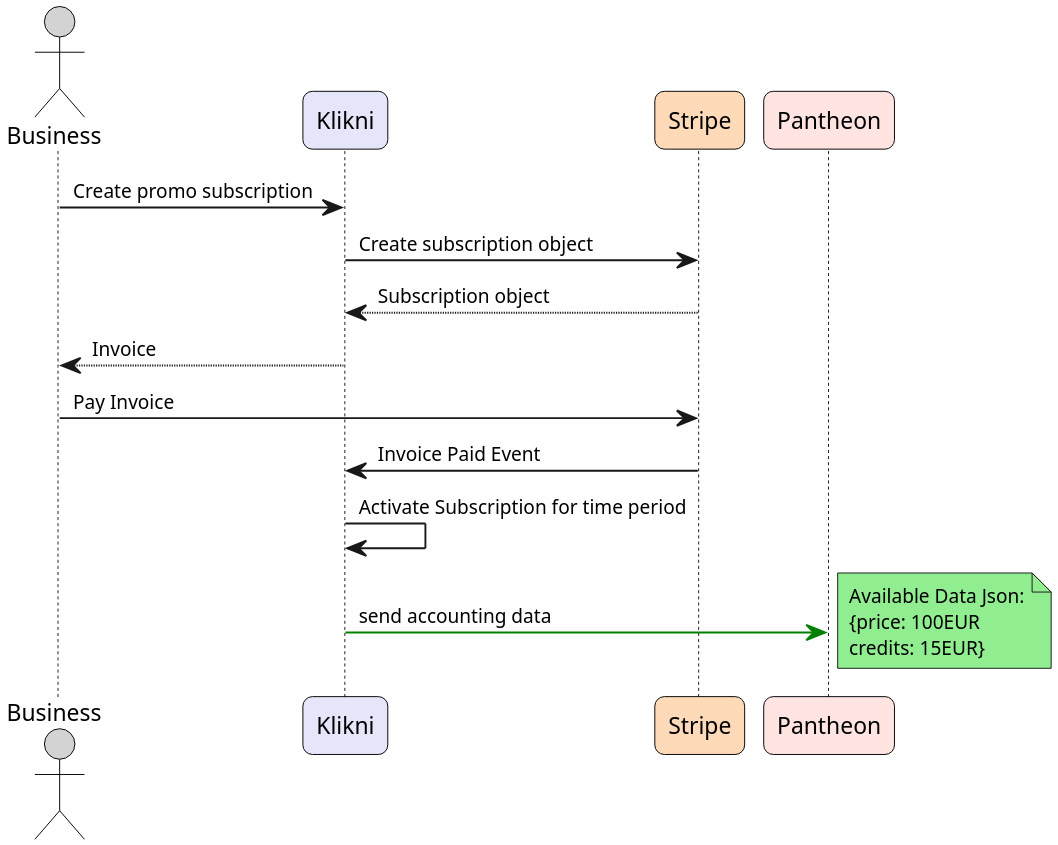
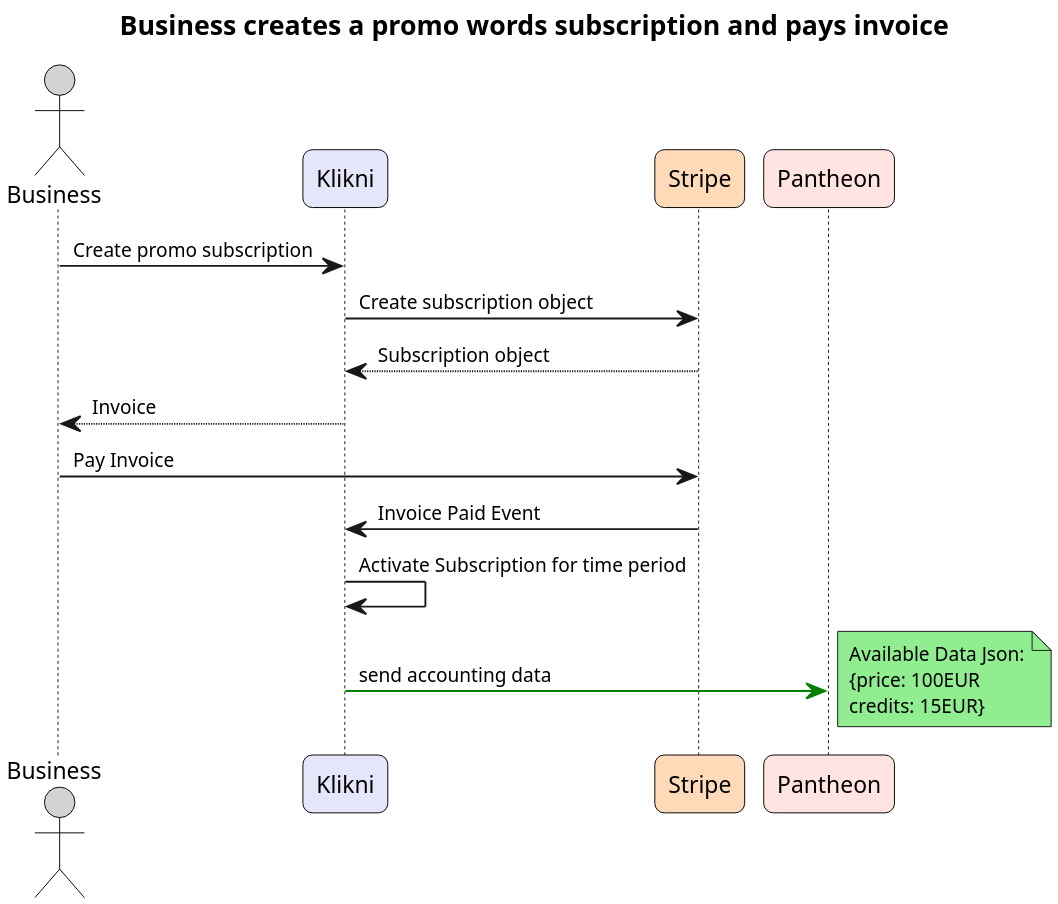
One commit to pbozic/be-analyisis changed the diagram in docs/docs/diagrams/Pantheon/Promo/SubscribtionInvoice.puml. Above: the diagram before and after it, drawn with PlantUML. The commit also changed 24 other files, not shown here.

```diff
--- a/docs/docs/diagrams/Pantheon/Promo/SubscribtionInvoice.puml
+++ b/docs/docs/diagrams/Pantheon/Promo/SubscribtionInvoice.puml
@@ -1,54 +1,55 @@
-@startuml Klikni_Sequence_Diagram
+@startuml SubscriptionInvoice
+title Business creates a promo words subscription and pays invoice
 ' === Page / Resolution ===
 skinparam dpi 300
 
 ' === Compact Sequence Styling ===
 skinparam defaultFontSize 10
 skinparam sequence {
     MessageSpacing 15
     ParticipantSpacing 50
 }
 
 ' === Actor / Participant Styling ===
 skinparam actor {
     FontName Arial
     FontSize 12
     BorderColor Black
     BackgroundColor #ADD8E6
     RoundCorner 10
     MinWidth 120
     MinHeight 120
 }
 
 skinparam participant {
     FontName Arial
     FontSize 12
     BorderColor Black
     RoundCorner 10
     MinWidth 140
     MinHeight 100
 }
 
 ' === Participant Colors ===
 actor Business as business #D3D3D3
 participant Klikni as klikni #E6E6FA 
 participant Stripe as stripe #FFDAB9
 participant Pantheon as pantheon #FFE4E1
 
 ' === Sequence Example ===
 business -> klikni: Create promo subscription
 klikni -> stripe: Create subscription object
 klikni <-- stripe: Subscription object
 klikni --> business: Invoice
 business -> stripe: Pay Invoice
 stripe -> klikni: Invoice Paid Event
 klikni -> klikni: Activate Subscription for time period
 
 klikni -[#green]> pantheon: send accounting data
 note right#LightGreen 
 Available Data Json:
 {price: 100EUR
 credits: 15EUR}
 end note
 
 @enduml
```
